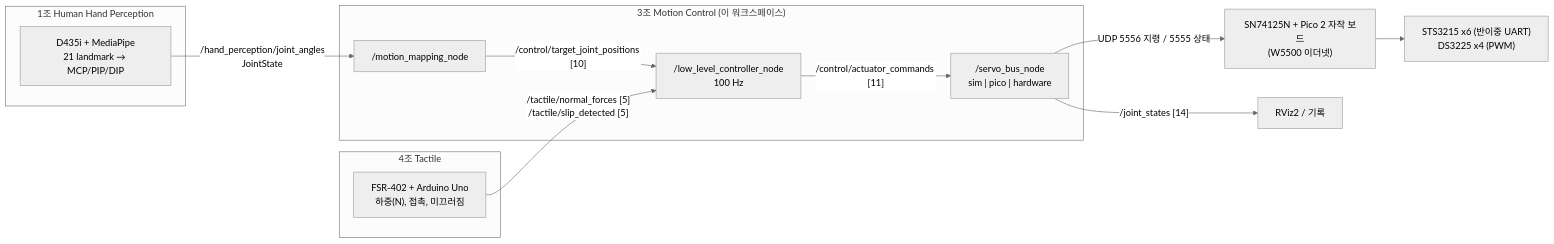
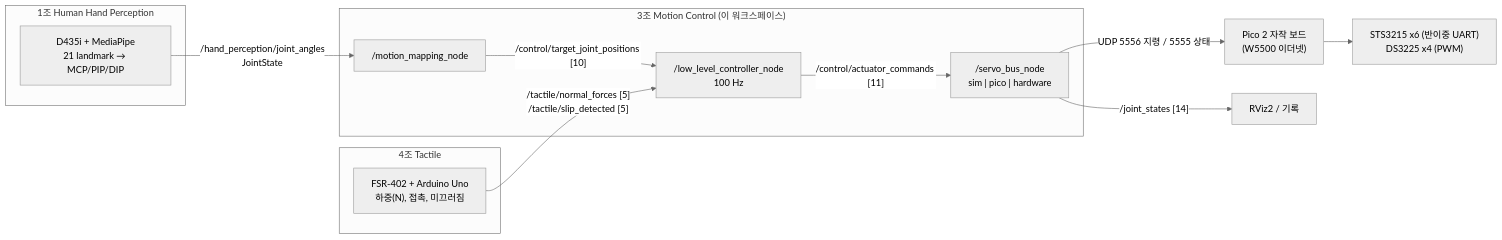
The diagram in ros2_ws/README.md (fain0516-ctrl/TA_VLA_RLCtrl__repo), drawn with Mermaid (neutral theme) before and after one commit. The commit also changed other lines of this file and 7 other files, not shown here.

````diff
--- a/ros2_ws/README.md
+++ b/ros2_ws/README.md
@@ -9,24 +9,24 @@
 ```mermaid
 flowchart LR
     subgraph T1["1조 Human Hand Perception"]
         P["D435i + MediaPipe<br/>21 landmark → MCP/PIP/DIP"]
     end
     subgraph T4["4조 Tactile"]
         F["FSR-402 + Arduino Uno<br/>하중(N), 접촉, 미끄러짐"]
     end
     subgraph T3["3조 Motion Control (이 워크스페이스)"]
         M["/motion_mapping_node"]
         C["/low_level_controller_node<br/>100 Hz"]
         B["/servo_bus_node<br/>sim | pico | hardware"]
     end
-    PICO["SN74125N + Pico 2 자작 보드<br/>(W5500 이더넷)"]
+    PICO["Pico 2 자작 보드<br/>(W5500 이더넷)"]
     HW["STS3215 x6 (반이중 UART)<br/>DS3225 x4 (PWM)"]
 
     P -- "/hand_perception/joint_angles<br/>JointState" --> M
     M -- "/control/target_joint_positions [10]" --> C
     F -- "/tactile/normal_forces [5]<br/>/tactile/slip_detected [5]" --> C
     C -- "/control/actuator_commands [11]" --> B
     B -- "UDP 5556 지령 / 5555 상태" --> PICO
     PICO --> HW
     B -- "/joint_states [14]" --> RViz2["RViz2 / 기록"]
 ```
````
